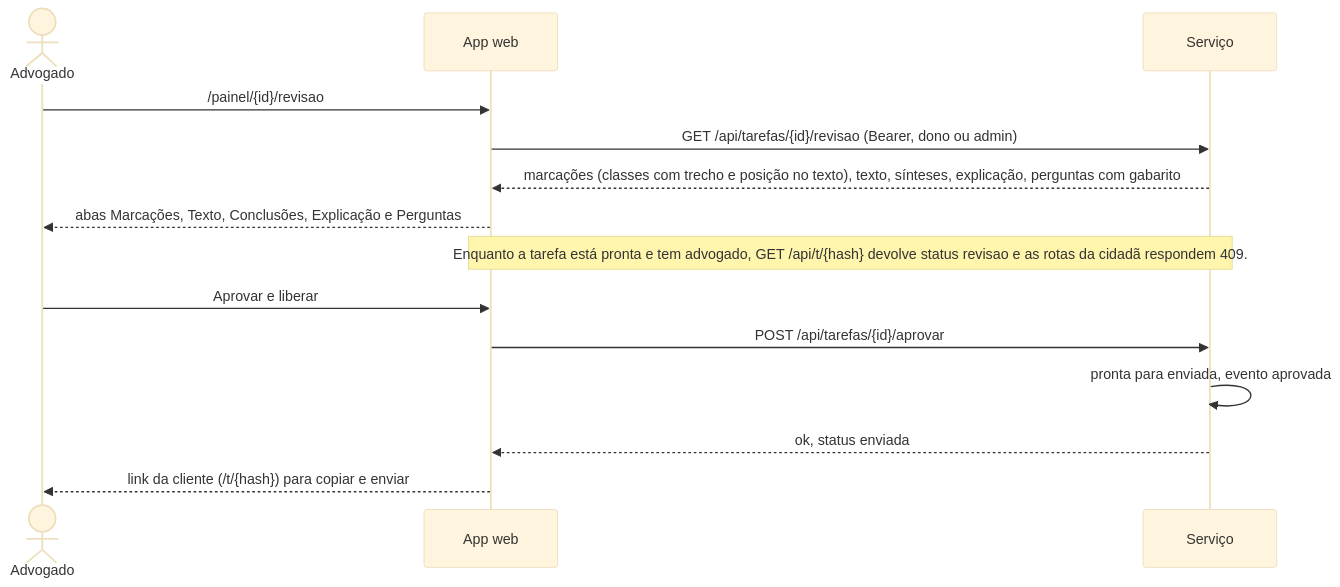
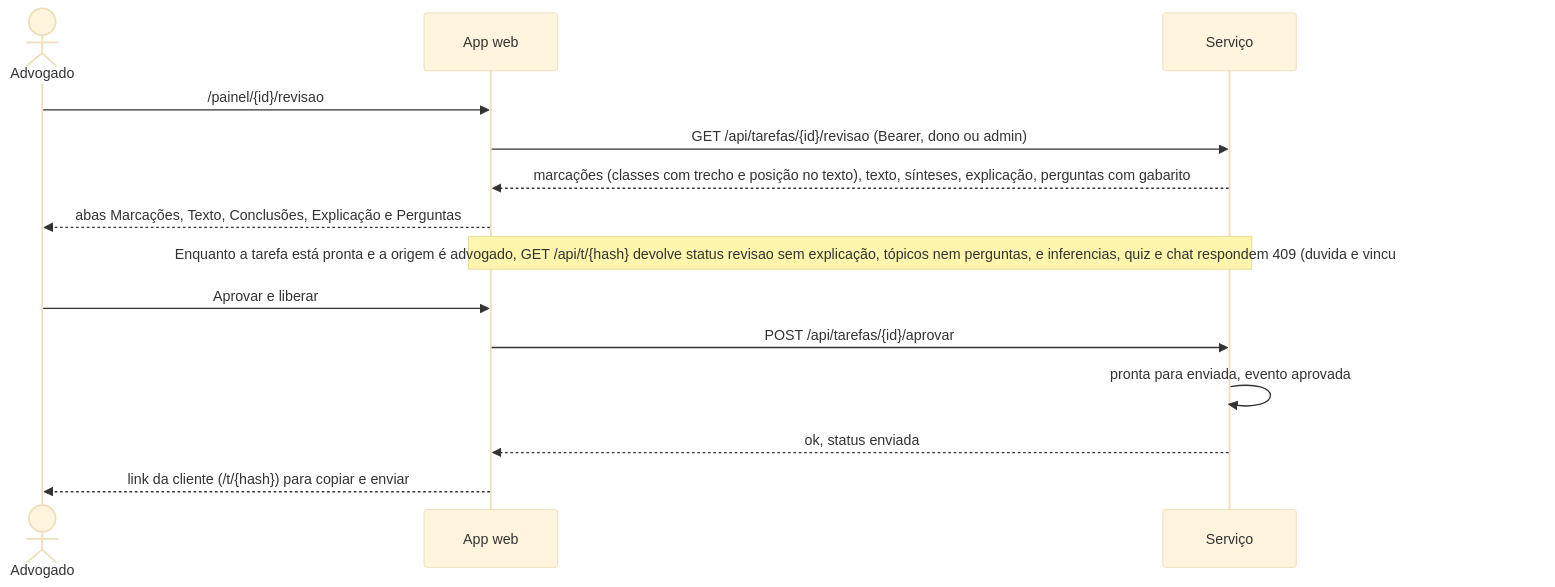
The fifth of 10 diagrams in apps/web/content/docs/USE-CASES.md (deegalabs/leia), drawn with Mermaid (base theme) before and after one commit. The commit also changed other lines of this file and 4 other files, not shown here.

````diff
--- a/apps/web/content/docs/USE-CASES.md
+++ b/apps/web/content/docs/USE-CASES.md
@@ -136,16 +136,16 @@
 ```mermaid
 sequenceDiagram
   actor A as Advogado
   participant W as App web
   participant S as Serviço
   A->>W: /painel/{id}/revisao
   W->>S: GET /api/tarefas/{id}/revisao (Bearer, dono ou admin)
   S-->>W: marcações (classes com trecho e posição no texto), texto, sínteses, explicação, perguntas com gabarito
   W-->>A: abas Marcações, Texto, Conclusões, Explicação e Perguntas
-  Note over W,S: Enquanto a tarefa está pronta e tem advogado, GET /api/t/{hash} devolve status revisao e as rotas da cidadã respondem 409.
+  Note over W,S: Enquanto a tarefa está pronta e a origem é advogado, GET /api/t/{hash} devolve status revisao sem explicação, tópicos nem perguntas, e inferencias, quiz e chat respondem 409 (duvida e vincular não têm essa trava).
   A->>W: Aprovar e liberar
   W->>S: POST /api/tarefas/{id}/aprovar
   S->>S: pronta para enviada, evento aprovada
   S-->>W: ok, status enviada
   W-->>A: link da cliente (/t/{hash}) para copiar e enviar
 ```
````
